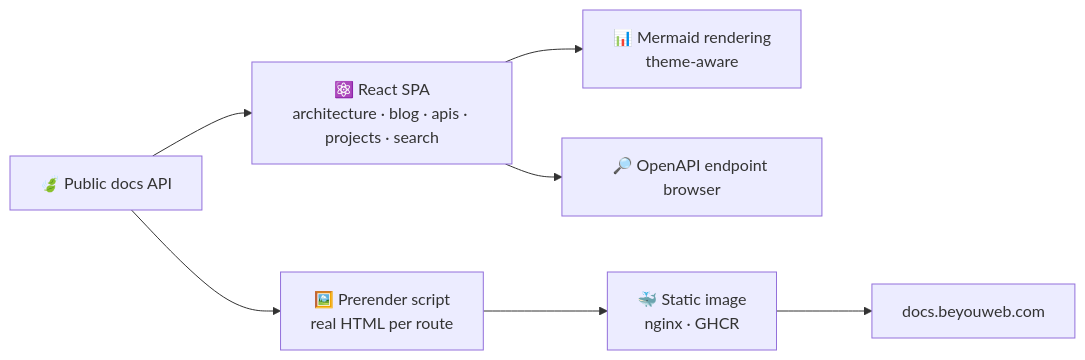
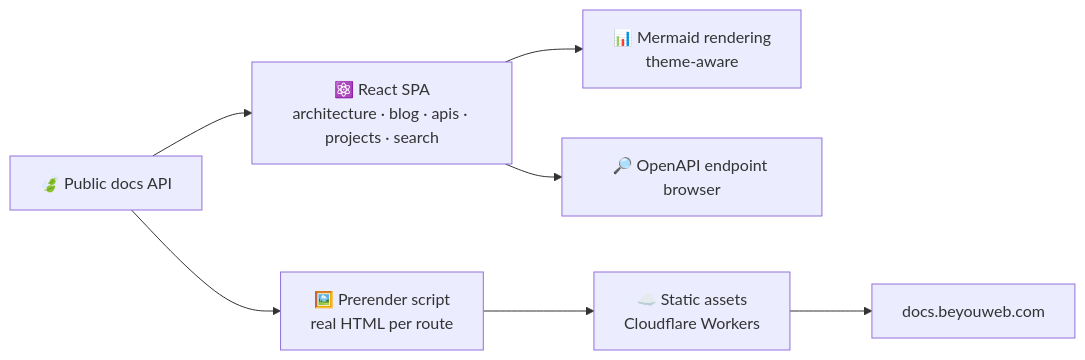
The diagram in projects/beyou-docs-ui/diagram.mmd (AndDev741/Beyou-arch-design), drawn with Mermaid before and after one commit. The commit also changed 25 other files, not shown here.

```diff
--- a/projects/beyou-docs-ui/diagram.mmd
+++ b/projects/beyou-docs-ui/diagram.mmd
@@ -1,7 +1,7 @@
 flowchart LR
   API["🍃 Public docs API"] --> SPA["⚛️ React SPA<br/>architecture · blog · apis · projects · search"]
   SPA --> MMD["📊 Mermaid rendering<br/>theme-aware"]
   SPA --> OAS["🔎 OpenAPI endpoint browser"]
-  PRE["🖼️ Prerender script<br/>real HTML per route"] --> IMG["🐳 Static image<br/>nginx · GHCR"]
+  PRE["🖼️ Prerender script<br/>real HTML per route"] --> IMG["☁️ Static assets<br/>Cloudflare Workers"]
   API --> PRE
   IMG --> LIVE["docs.beyouweb.com"]
```
